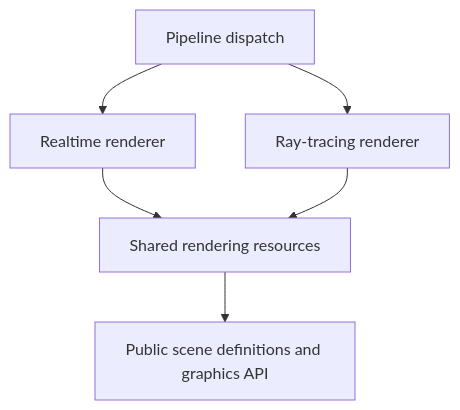
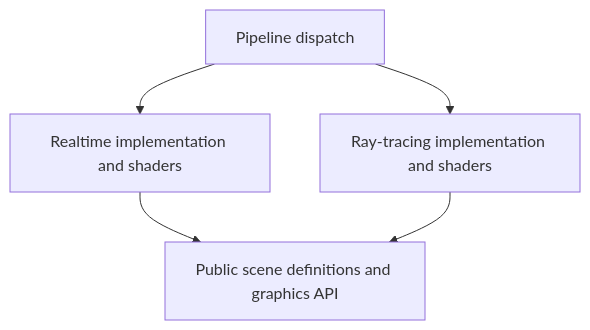
One commit to LazyJazzDev/LongMarch changed the diagram in docs/realtime-gi.md. Above: the diagram before and after it, drawn with Mermaid. The commit also changed other lines of this file and 269 other files, not shown here.

Commit message:
[refactor][sparkium] Give realtime and ray tracing independent implementations

````diff
--- a/docs/realtime-gi.md
+++ b/docs/realtime-gi.md
@@ -93,8 +94,7 @@
 ```mermaid
 flowchart TD
-  D[Pipeline dispatch] --> R[Realtime renderer]
-  D --> P[Ray-tracing renderer]
-  R --> C[Shared rendering resources]
-  P --> C
-  C --> S[Public scene definitions and graphics API]
+  D[Pipeline dispatch] --> R[Realtime implementation and shaders]
+  D --> P[Ray-tracing implementation and shaders]
+  R --> S[Public scene definitions and graphics API]
+  P --> S
 ```
````
